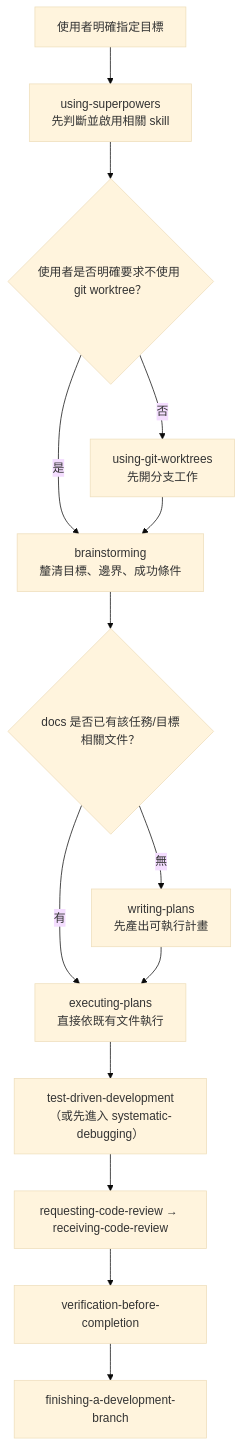
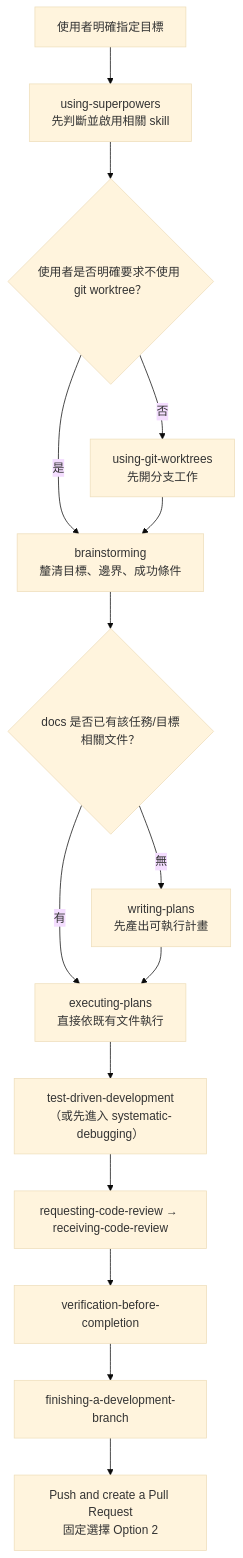
The first of 2 diagrams in AGENTS.md (wusung/0ops), drawn with Mermaid (base theme) before and after one commit.

Commit message:
docs: enforce pr creation as mandatory finishing step

````diff
--- a/AGENTS.md
+++ b/AGENTS.md
@@ -30,16 +30,17 @@
 ```mermaid
 flowchart TD
     A["使用者明確指定目標"] --> B["using-superpowers<br/>先判斷並啟用相關 skill"]
     B --> C{"使用者是否明確要求不使用 git worktree？"}
     C -->|否| D["using-git-worktrees<br/>先開分支工作"]
     C -->|是| E["brainstorming<br/>釐清目標、邊界、成功條件"]
     D --> E
     E --> F{"docs 是否已有該任務/目標相關文件？"}
     F -->|有| G["executing-plans<br/>直接依既有文件執行"]
     F -->|無| H["writing-plans<br/>先產出可執行計畫"]
     H --> G
     G --> I["test-driven-development<br/>（或先進入 systematic-debugging）"]
     I --> J["requesting-code-review → receiving-code-review"]
     J --> K["verification-before-completion"]
     K --> L["finishing-a-development-branch"]
+    L --> M["Push and create a Pull Request<br/>固定選擇 Option 2"]
 ```
````
